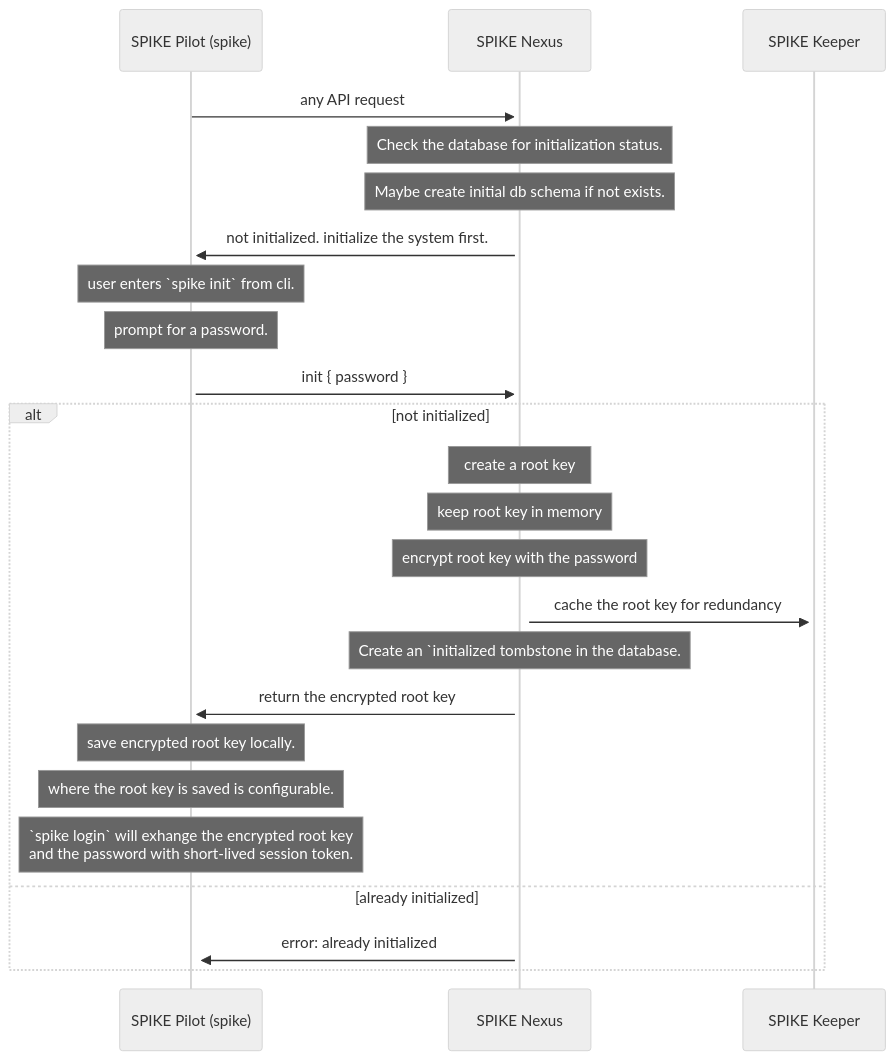
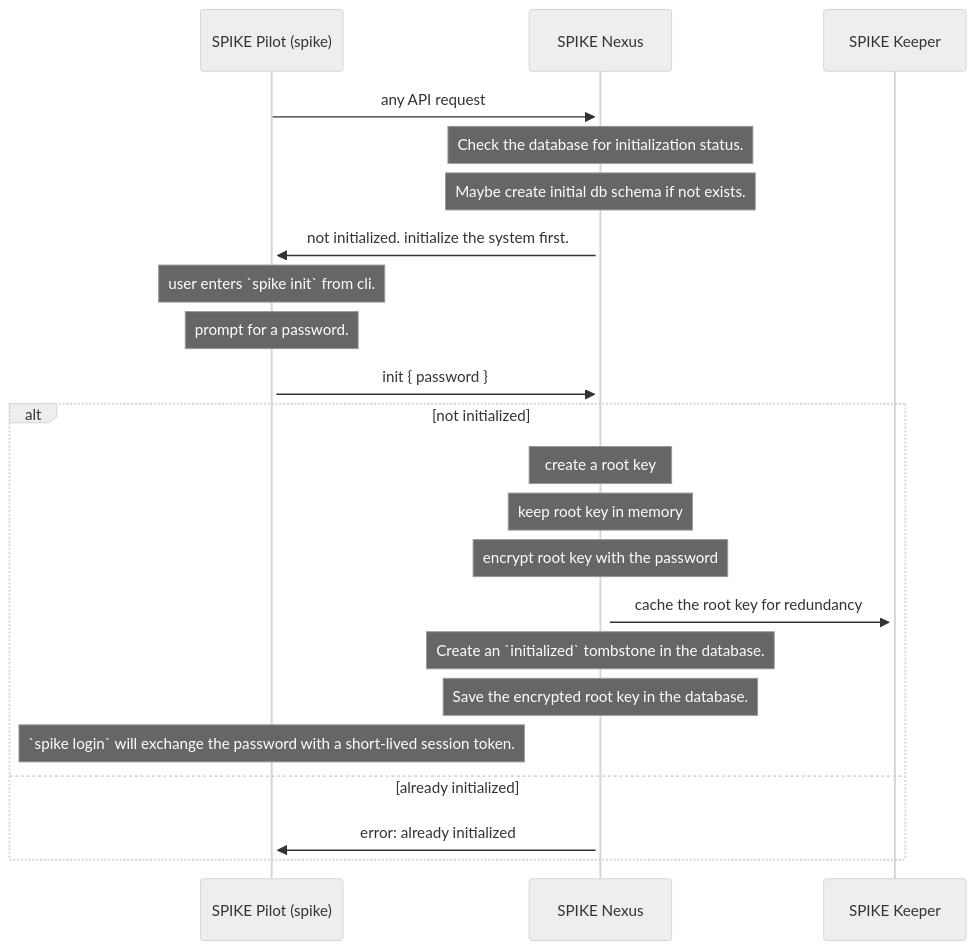
Before and after one commit to zerotohero-dev/spike: the second of 6 diagrams in ARCHITECTURE.md, drawn with Mermaid (neutral theme). The commit also changed other lines of this file and 1 other file, not shown here.

Commit message:
Architecture.

````diff
--- a/ARCHITECTURE.md
+++ b/ARCHITECTURE.md
@@ -233,37 +233,34 @@
 ```mermaid
 sequenceDiagram
     participant P as SPIKE Pilot (spike)
     participant N as SPIKE Nexus
     participant K as SPIKE Keeper
 
     P->>+N: any API request
 
     Note over N: Check the database for initialization status.
     Note over N: Maybe create initial db schema if not exists.
 
     N->>+P: not initialized. initialize the system first.
 
     Note over P: user enters `spike init` from cli.
 
     Note over P:  prompt for a password.
 
     P->>+N: init { password }
 
     alt not initialized
         Note over N: create a root key
         Note over N: keep root key in memory
         Note over N: encrypt root key with the password
 
         N->>+K: cache the root key for redundancy
 
-        Note over N: Create an `initialized tombstone in the database.
+        Note over N: Create an `initialized` tombstone in the database.
+        Note over N: Save the encrypted root key in the database.
 
-        N->>+P: return the encrypted root key
-
-        Note over P: save encrypted root key locally.
-        Note over P: where the root key is saved is configurable.
-        Note over P: `spike login` will exhange the encrypted root key<br>and the password with short-lived session token.
+        Note over P: `spike login` will exchange the password with a short-lived session token.
     else already initialized
         N->>+P: error: already initialized
     end
 ```
````
